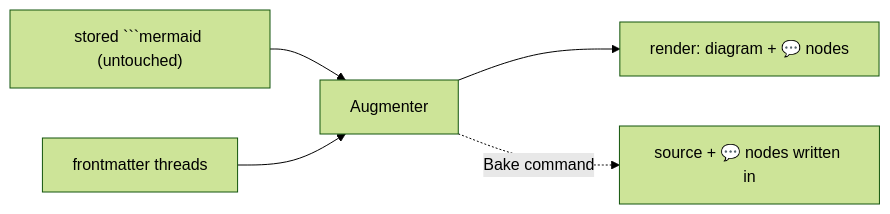
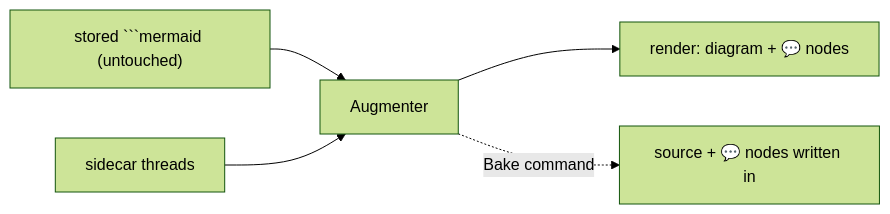
Before and after one commit to omars-lab/review-md: the third of 3 diagrams in design.md, drawn with Mermaid (forest theme). The commit also changed other lines of this file and 7 other files, not shown here.

First line of the commit message:
Add reviewer sidebar, sidecar storage, version stamps, and mermaid comments

````diff
--- a/design.md
+++ b/design.md
@@ -117,7 +94,7 @@
 ```mermaid
 flowchart LR
   Src["stored ```mermaid (untouched)"] --> Aug[Augmenter]
-  FM[frontmatter threads] --> Aug
+  SC[sidecar threads] --> Aug
   Aug --> Out["render: diagram + 💬 nodes"]
   Aug -.->|Bake command| Baked["source + 💬 nodes written in"]
 ```
````
